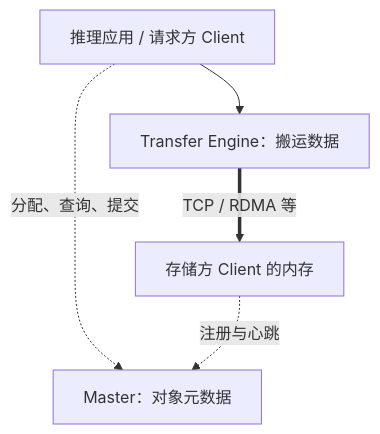
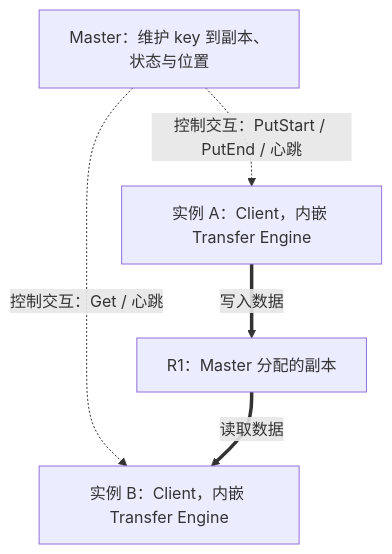
Before and after one commit to Hansyangxingxiang/Mooncake: the first of 2 diagrams in mooncake-kv-cache-series/wechat/01-shared-kv-cache.md, drawn with Mermaid. The commit also changed other lines of this file and 28 other files, not shown here.

````diff
--- a/mooncake-kv-cache-series/wechat/01-shared-kv-cache.md
+++ b/mooncake-kv-cache-series/wechat/01-shared-kv-cache.md
@@ -27,7 +41,11 @@
 ```mermaid
 flowchart TB
-    A["推理应用 / 请求方 Client"] -.->|"分配、查询、提交"| M["Master：对象元数据"]
-    A --> T["Transfer Engine：搬运数据"]
-    T ==>|"TCP / RDMA 等"| S["存储方 Client 的内存"]
-    S -.->|"注册与心跳"| M
+    M["Master：维护 key 到副本、状态与位置"]
+    A["实例 A：Client，内嵌 Transfer Engine"]
+    B["实例 B：Client，内嵌 Transfer Engine"]
+    R1["R1：Master 分配的副本"]
+    M -.->|"控制交互：PutStart / PutEnd / 心跳"| A
+    M -.->|"控制交互：Get / 心跳"| B
+    A ==>|"写入数据"| R1
+    R1 ==>|"读取数据"| B
 ```
````
